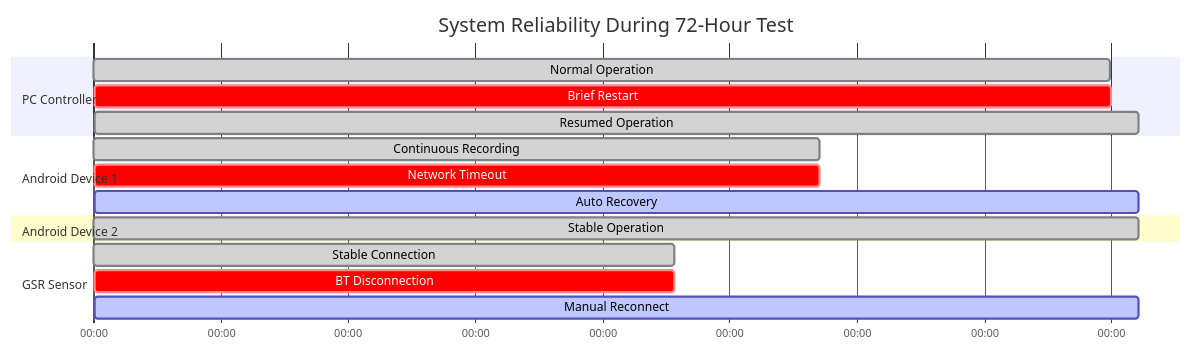
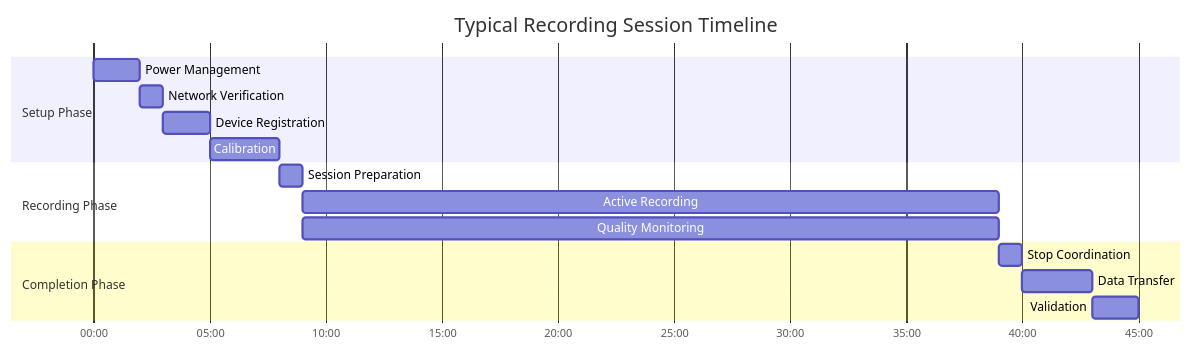
One commit to buccancs/fyp-multi-sensor-recording-system changed diagram 13 of 15 in docs/thesis_report/final/appendix_z_consolidated_figures.md. Above: the diagram before and after it, drawn with Mermaid. The commit also changed other lines of this file and 2 other files, not shown here.

````diff
--- a/docs/thesis_report/final/appendix_z_consolidated_figures.md
+++ b/docs/thesis_report/final/appendix_z_consolidated_figures.md
@@ -665,24 +524,22 @@
 ```mermaid
 gantt
-    title System Reliability During 72-Hour Test
+    title Typical Recording Session Timeline
     dateFormat X
-    axisFormat %H:%M
+    axisFormat %M:%S
     
-    section PC Controller
-    Normal Operation    :done, pc_normal, 0, 252000000
-    Brief Restart       :crit, pc_restart, 252000000, 252300000
-    Resumed Operation   :done, pc_resume, 252300000, 259200000
+    section Setup Phase
+    Power Management          :a1, 0, 2m
+    Network Verification      :a2, after a1, 1m
+    Device Registration       :a3, after a2, 2m
+    Calibration              :a4, after a3, 3m
     
-    section Android Device 1
-    Continuous Recording :done, and1_record, 0, 180000000
-    Network Timeout     :crit, and1_timeout, 180000000, 180060000
-    Auto Recovery       :active, and1_recovery, 180060000, 259200000
+    section Recording Phase
+    Session Preparation      :b1, after a4, 1m
+    Active Recording         :b2, after b1, 30m
+    Quality Monitoring       :b3, after b1, 30m
     
-    section Android Device 2
-    Stable Operation    :done, and2_stable, 0, 259200000
-    
-    section GSR Sensor
-    Stable Connection   :done, gsr_stable, 0, 144000000
-    BT Disconnection    :crit, gsr_disc, 144000000, 144180000
-    Manual Reconnect    :active, gsr_reconnect, 144180000, 259200000
+    section Completion Phase
+    Stop Coordination        :c1, after b2, 1m
+    Data Transfer           :c2, after c1, 3m
+    Validation              :c3, after c2, 2m
 ```
````
